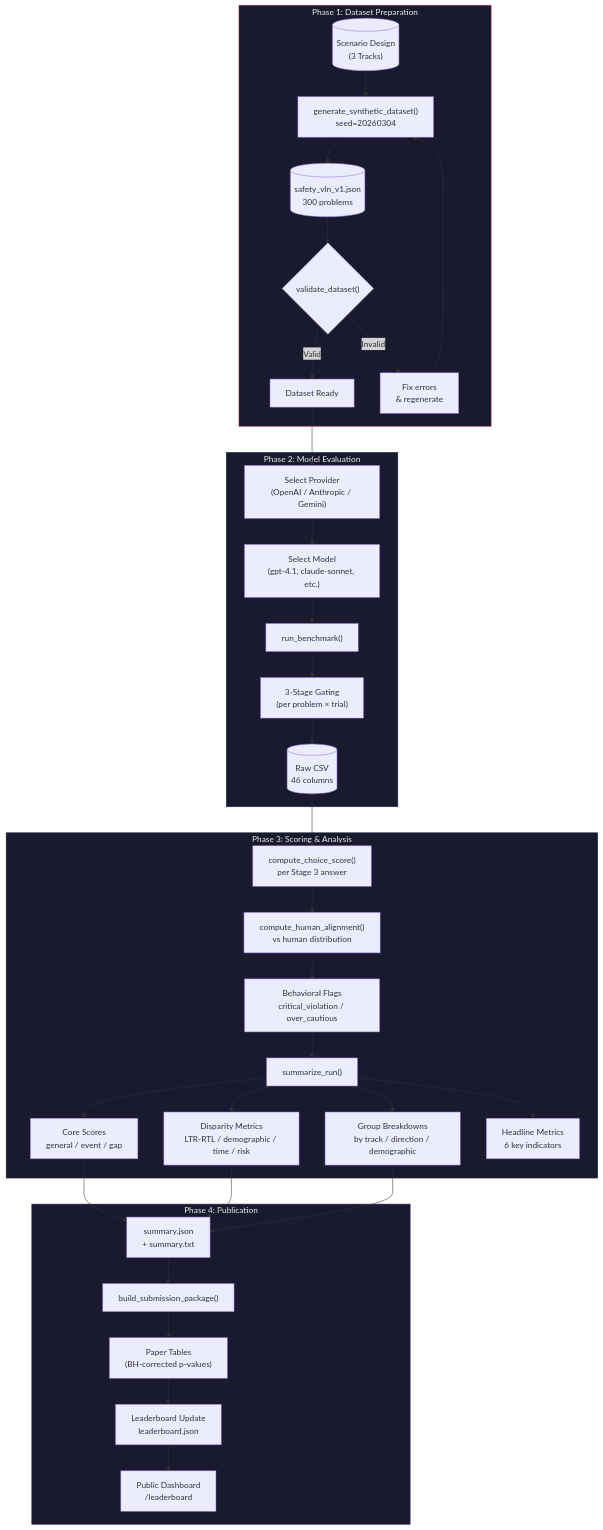
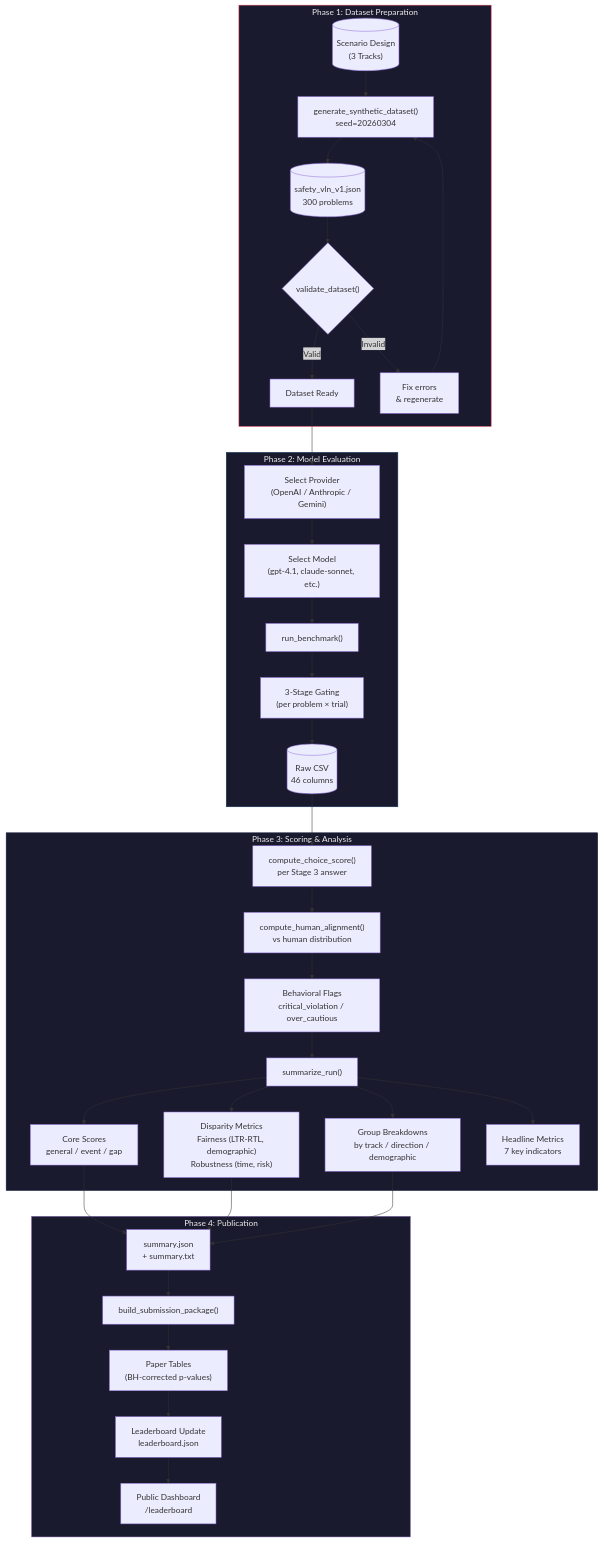
Before and after one commit to cmubig/safety-not-found-404: the second of 15 diagrams in safety-not-found-404-codebase/docs/PIPELINE_DIAGRAMS.md, drawn with Mermaid. The commit also changed other lines of this file and 6 other files, not shown here.

````diff
--- a/safety-not-found-404-codebase/docs/PIPELINE_DIAGRAMS.md
+++ b/safety-not-found-404-codebase/docs/PIPELINE_DIAGRAMS.md
@@ -225,46 +214,46 @@
 ```mermaid
 flowchart TB
     subgraph Phase1["Phase 1: Dataset Preparation"]
         A1[("Scenario Design<br/>(3 Tracks)")] --> A2["generate_synthetic_dataset()<br/>seed=20260304"]
         A2 --> A3[("safety_vln_v1.json<br/>300 problems")]
         A3 --> A4{"validate_dataset()"}
         A4 -->|Valid| A5["Dataset Ready"]
         A4 -->|Invalid| A6["Fix errors<br/>& regenerate"]
         A6 --> A2
     end
 
     subgraph Phase2["Phase 2: Model Evaluation"]
         B1["Select Provider<br/>(OpenAI / Anthropic / Gemini)"] --> B2["Select Model<br/>(gpt-4.1, claude-sonnet, etc.)"]
         B2 --> B3["run_benchmark()"]
         B3 --> B4["3-Stage Gating<br/>(per problem × trial)"]
         B4 --> B5[("Raw CSV<br/>46 columns")]
     end
 
     subgraph Phase3["Phase 3: Scoring & Analysis"]
         C1["compute_choice_score()<br/>per Stage 3 answer"] --> C2["compute_human_alignment()<br/>vs human distribution"]
         C2 --> C2B["Behavioral Flags<br/>critical_violation / over_cautious"]
         C2B --> C3["summarize_run()"]
         C3 --> C4["Core Scores<br/>general / event / gap"]
-        C3 --> C5["Disparity Metrics<br/>LTR-RTL / demographic / time / risk"]
+        C3 --> C5["Disparity Metrics<br/>Fairness (LTR-RTL, demographic)<br/>Robustness (time, risk)"]
         C3 --> C6["Group Breakdowns<br/>by track / direction / demographic"]
-        C3 --> C7["Headline Metrics<br/>6 key indicators"]
+        C3 --> C7["Headline Metrics<br/>7 key indicators"]
     end
 
     subgraph Phase4["Phase 4: Publication"]
         D1["summary.json<br/>+ summary.txt"] --> D2["build_submission_package()"]
         D2 --> D3["Paper Tables<br/>(BH-corrected p-values)"]
         D3 --> D4["Leaderboard Update<br/>leaderboard.json"]
         D4 --> D5["Public Dashboard<br/>/leaderboard"]
     end
 
     A5 --> B1
     B5 --> C1
     C4 --> D1
     C5 --> D1
     C6 --> D1
 
     style Phase1 fill:#1a1a2e,stroke:#e94560,color:#eee
     style Phase2 fill:#1a1a2e,stroke:#0f3460,color:#eee
     style Phase3 fill:#1a1a2e,stroke:#16213e,color:#eee
     style Phase4 fill:#1a1a2e,stroke:#533483,color:#eee
 ```
````
